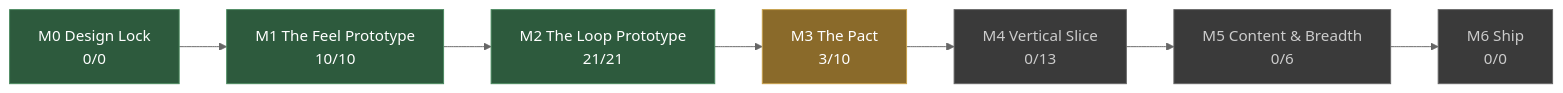
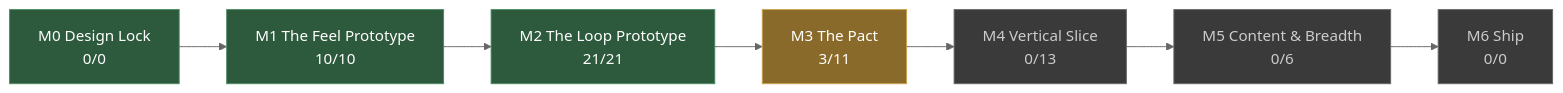
One commit to JoshuaGessner/she changed the diagram in docs/STATUS.md. Above: the diagram before and after it, drawn with Mermaid (neutral theme). The commit also changed other lines of this file and 4 other files, not shown here.

````diff
--- a/docs/STATUS.md
+++ b/docs/STATUS.md
@@ -13,19 +13,19 @@
 ```mermaid
 flowchart LR
   M0["M0 Design Lock<br/>0/0"]:::passed
   M1["M1 The Feel Prototype<br/>10/10"]:::passed
   M0 --> M1
   M2["M2 The Loop Prototype<br/>21/21"]:::passed
   M1 --> M2
-  M3["M3 The Pact<br/>3/10"]:::current
+  M3["M3 The Pact<br/>3/11"]:::current
   M2 --> M3
   M4["M4 Vertical Slice<br/>0/13"]:::ahead
   M3 --> M4
   M5["M5 Content & Breadth<br/>0/6"]:::ahead
   M4 --> M5
   M6["M6 Ship<br/>0/0"]:::ahead
   M5 --> M6
   classDef passed fill:#2d5a3d,stroke:#4a8a5f,color:#fff
   classDef current fill:#8a6a2a,stroke:#c8a04a,color:#fff
   classDef ahead fill:#3a3a3a,stroke:#666,color:#ccc
 ```
````
